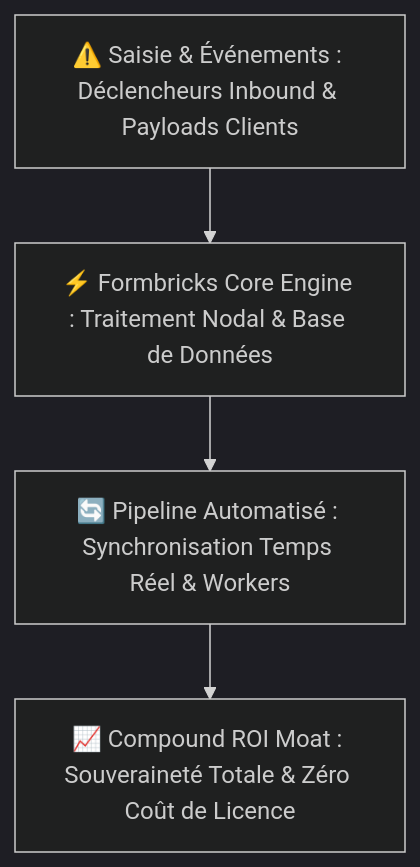
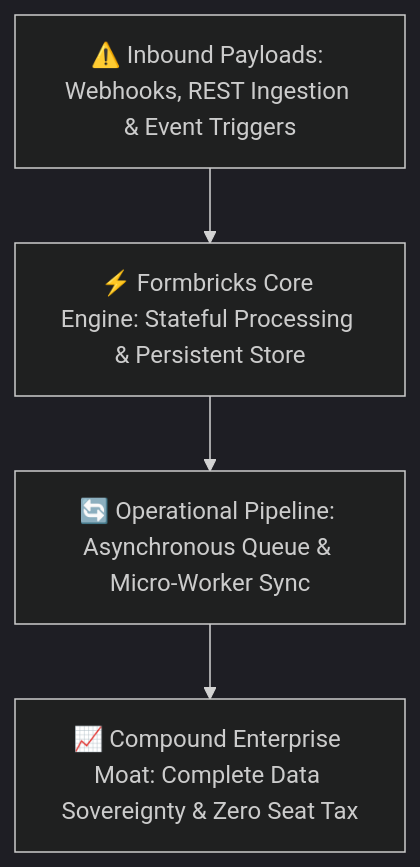
Before and after one commit to heliatech-media/saas-radar: the diagram in site/src/content/repos/formbricks.md, drawn with Mermaid (dark theme). The commit also changed other lines of this file and 11 other files, not shown here.

````diff
--- a/site/src/content/repos/formbricks.md
+++ b/site/src/content/repos/formbricks.md
@@ -38,6 +38,6 @@
 ```mermaid
 flowchart TD
-    Inp["⚠️ Saisie & Événements : Déclencheurs Inbound & Payloads Clients"] --> Eng["⚡ Formbricks Core Engine : Traitement Nodal & Base de Données"]
-    Eng --> Pipe["🔄 Pipeline Automatisé : Synchronisation Temps Réel & Workers"]
-    Pipe --> Moat["📈 Compound ROI Moat : Souveraineté Totale & Zéro Coût de Licence"]
+    Inp["⚠️ Inbound Payloads: Webhooks, REST Ingestion & Event Triggers"] --> Eng["⚡ Formbricks Core Engine: Stateful Processing & Persistent Store"]
+    Eng --> Pipe["🔄 Operational Pipeline: Asynchronous Queue & Micro-Worker Sync"]
+    Pipe --> Moat["📈 Compound Enterprise Moat: Complete Data Sovereignty & Zero Seat Tax"]
 ```
````
